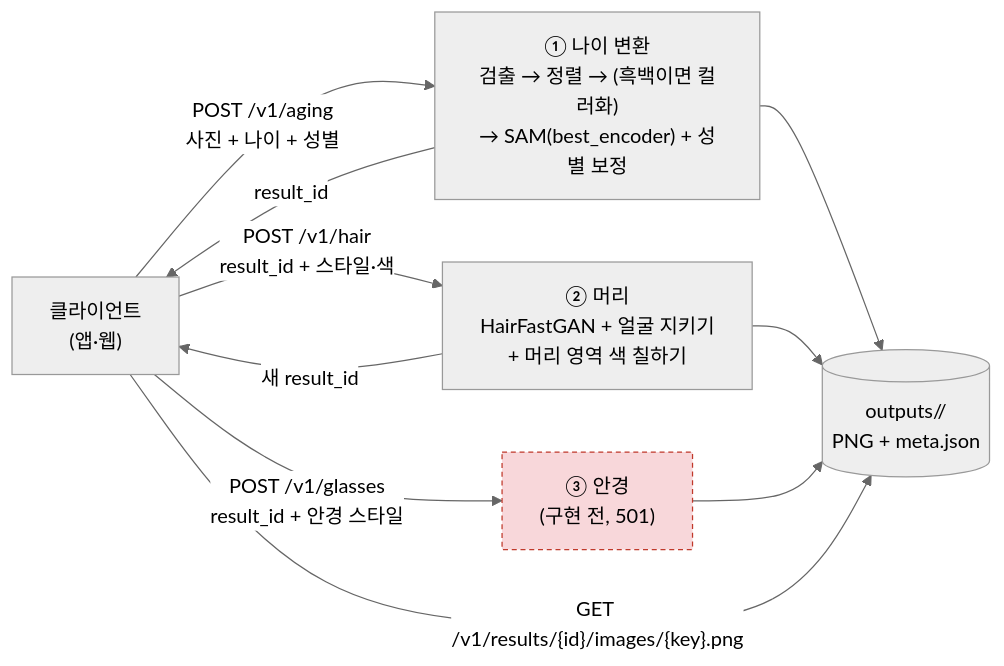
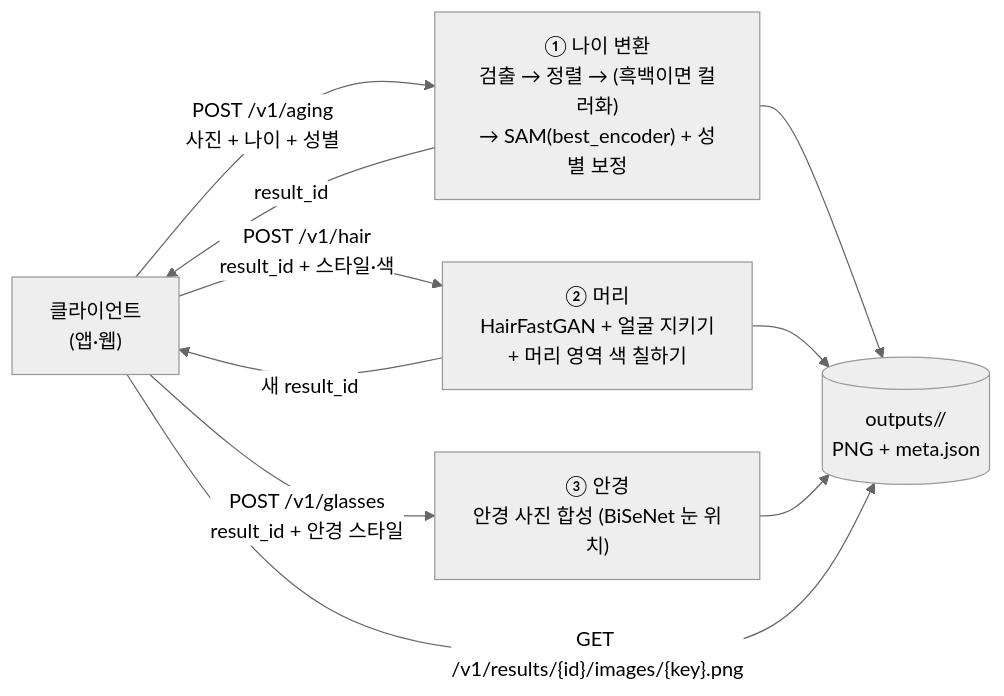
The diagram in docs/[00]_서버_구성_계획.md (EST-findus/findus_ai_server_final), drawn with Mermaid (neutral theme) before and after one commit. The commit also changed other lines of this file and 12 other files, not shown here.

````diff
--- a/docs/[00]_서버_구성_계획.md
+++ b/docs/[00]_서버_구성_계획.md
@@ -22,11 +22,11 @@
 ```mermaid
 flowchart LR
     C["클라이언트<br/>(앱·웹)"] -->|"POST /v1/aging<br/>사진 + 나이 + 성별"| A["① 나이 변환<br/>검출 → 정렬 → (흑백이면 컬러화)<br/>→ SAM(best_encoder) + 성별 보정"]
     A -->|"result_id"| C
     C -->|"POST /v1/hair<br/>result_id + 스타일·색"| H["② 머리<br/>HairFastGAN + 얼굴 지키기<br/>+ 머리 영역 색 칠하기"]
     H -->|"새 result_id"| C
-    C -->|"POST /v1/glasses<br/>result_id + 안경 스타일"| G["③ 안경<br/>(구현 전, 501)"]:::todo
+    C -->|"POST /v1/glasses<br/>result_id + 안경 스타일"| G["③ 안경<br/>안경 사진 합성 (BiSeNet 눈 위치)"]
     A & H & G --> S[("outputs/<result_id>/<br/>PNG + meta.json")]
     C -->|"GET /v1/results/{id}/images/{key}.png"| S
     classDef todo fill:#f8d7da,stroke:#c0392b,stroke-dasharray:4 3;
 ```
````
